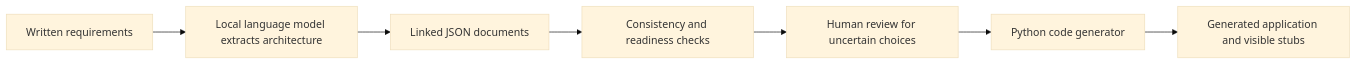
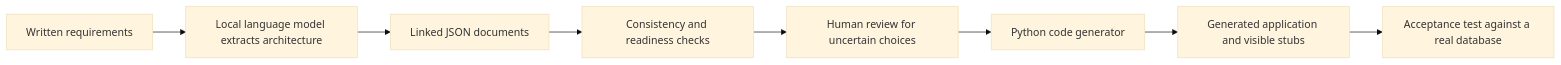
The diagram in doc/how-the-agent-works.md (stengerg-sfeir/esus), drawn with Mermaid (base theme) before and after one commit. The commit also changed other lines of this file and 3 other files, not shown here.

````diff
--- a/doc/how-the-agent-works.md
+++ b/doc/how-the-agent-works.md
@@ -9,9 +9,10 @@
 ```mermaid
 flowchart LR
     A[Written requirements] --> B[Local language model extracts architecture]
     B --> C[Linked JSON documents]
     C --> D[Consistency and readiness checks]
     D --> E[Human review for uncertain choices]
     E --> F[Python code generator]
     F --> G[Generated application and visible stubs]
+    G --> H[Acceptance test against a real database]
 ```
````
